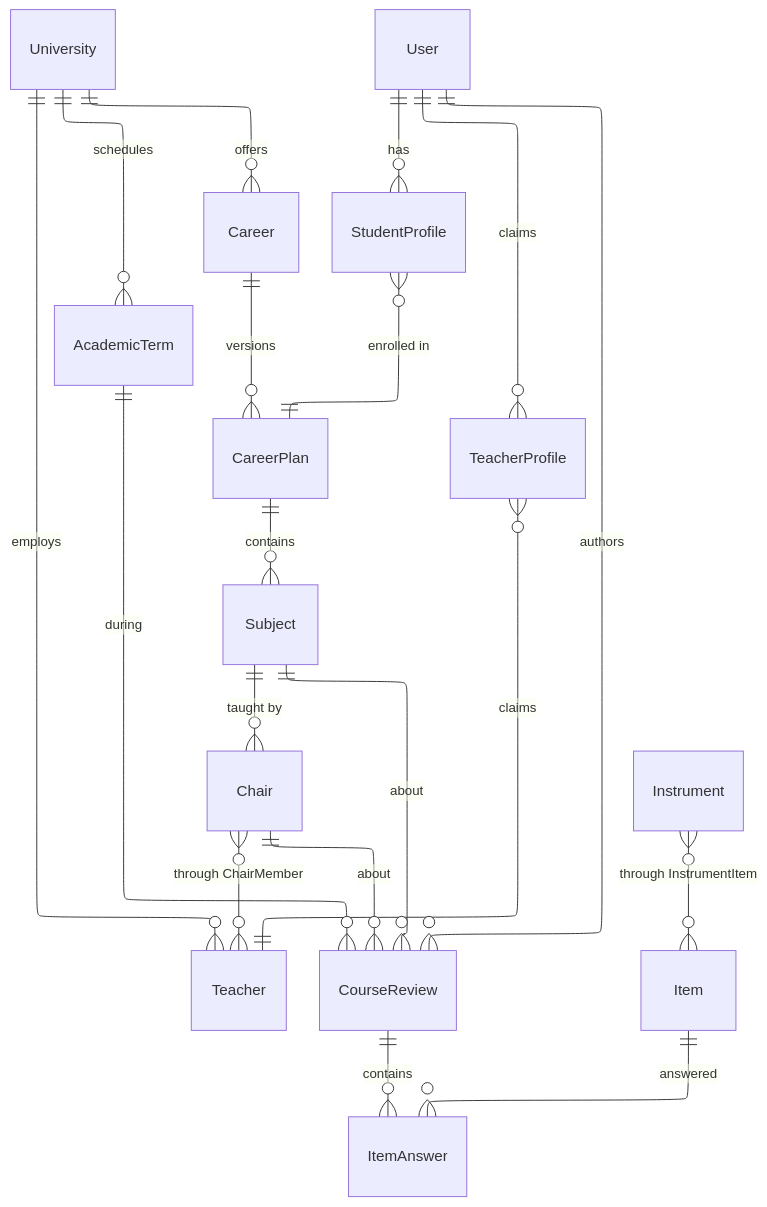
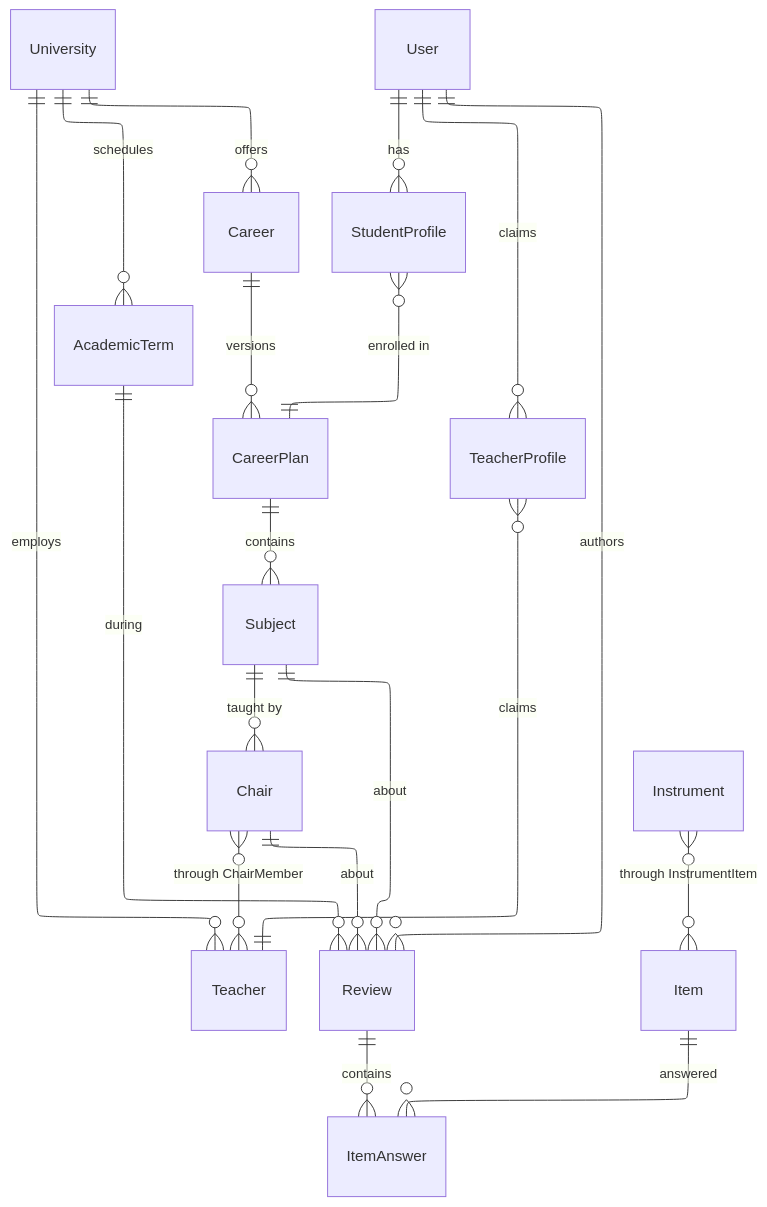
Before and after one commit to lucasidev/plan-b: the first of 3 diagrams in docs/engineering/data-model.md, drawn with Mermaid. The commit also changed other lines of this file and 136 other files, not shown here.

````diff
--- a/docs/engineering/data-model.md
+++ b/docs/engineering/data-model.md
@@ -23,28 +23,28 @@
 ```mermaid
 ---
 config:
     layout: elk
 ---
 erDiagram
     University ||--o{ Career : offers
     University ||--o{ Teacher : employs
     University ||--o{ AcademicTerm : schedules
     Career ||--o{ CareerPlan : versions
     CareerPlan ||--o{ Subject : contains
 
     User ||--o{ StudentProfile : has
     User ||--o{ TeacherProfile : claims
     StudentProfile }o--|| CareerPlan : "enrolled in"
     TeacherProfile }o--|| Teacher : "claims"
 
     Subject ||--o{ Chair : "taught by"
     Chair }o--o{ Teacher : "through ChairMember"
 
-    User ||--o{ CourseReview : authors
-    Subject ||--o{ CourseReview : about
-    AcademicTerm ||--o{ CourseReview : during
-    Chair ||--o{ CourseReview : about
-    CourseReview ||--o{ ItemAnswer : contains
+    User ||--o{ Review : authors
+    Subject ||--o{ Review : about
+    AcademicTerm ||--o{ Review : during
+    Chair ||--o{ Review : about
+    Review ||--o{ ItemAnswer : contains
     Item ||--o{ ItemAnswer : answered
     Instrument }o--o{ Item : "through InstrumentItem"
 ```
````
